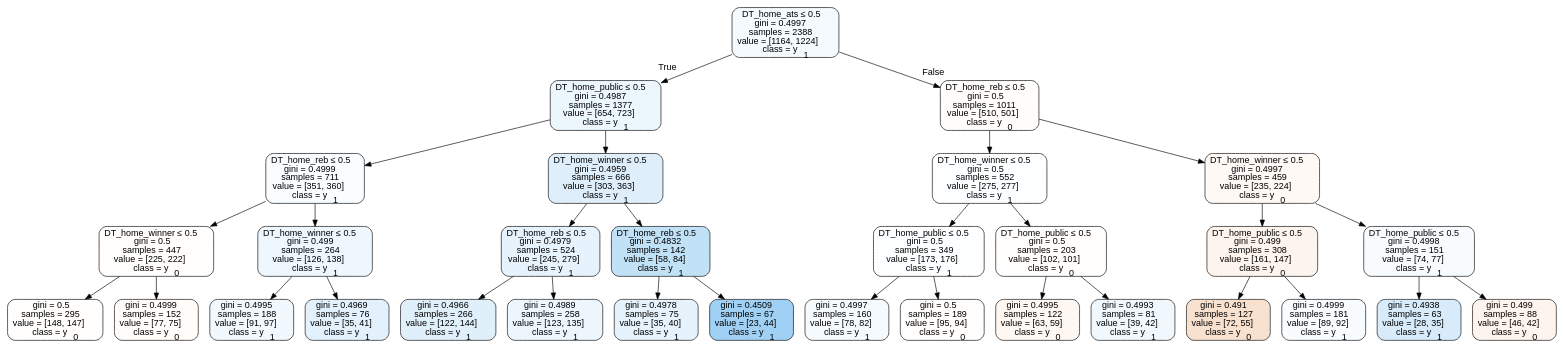
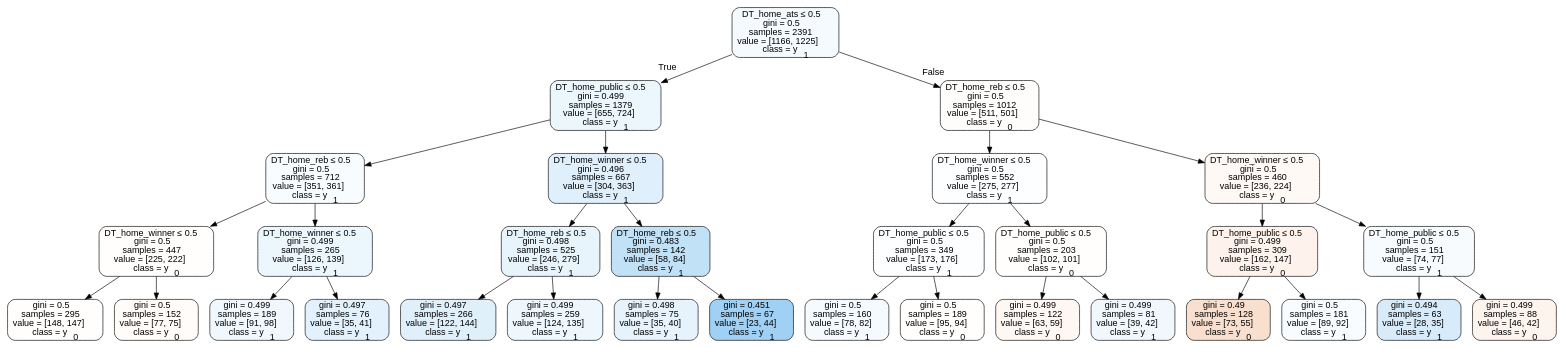
One commit to usbogie/ncaa-bets changed the diagram in Basketball/data/trees/tree2015neutral.dot. Above: the diagram before and after it, drawn with Graphviz. The commit also changed 26 other files, not shown here.

```diff
--- a/Basketball/data/trees/tree2015neutral.dot
+++ b/Basketball/data/trees/tree2015neutral.dot
@@ -1,65 +1,65 @@
 digraph Tree {
 node [shape=box, style="filled, rounded", color="black", fontname=helvetica] ;
 edge [fontname=helvetica] ;
-0 [label=<DT_home_ats &le; 0.5<br/>gini = 0.4997<br/>samples = 2388<br/>value = [1164, 1224]<br/>class = y<SUB>1</SUB>>, fillcolor="#399de50c"] ;
-1 [label=<DT_home_public &le; 0.5<br/>gini = 0.4987<br/>samples = 1377<br/>value = [654, 723]<br/>class = y<SUB>1</SUB>>, fillcolor="#399de518"] ;
+0 [label=<DT_home_ats &le; 0.5<br/>gini = 0.5<br/>samples = 2391<br/>value = [1166, 1225]<br/>class = y<SUB>1</SUB>>, fillcolor="#399de50c"] ;
+1 [label=<DT_home_public &le; 0.5<br/>gini = 0.499<br/>samples = 1379<br/>value = [655, 724]<br/>class = y<SUB>1</SUB>>, fillcolor="#399de518"] ;
 0 -> 1 [labeldistance=2.5, labelangle=45, headlabel="True"] ;
-2 [label=<DT_home_reb &le; 0.5<br/>gini = 0.4999<br/>samples = 711<br/>value = [351, 360]<br/>class = y<SUB>1</SUB>>, fillcolor="#399de506"] ;
+2 [label=<DT_home_reb &le; 0.5<br/>gini = 0.5<br/>samples = 712<br/>value = [351, 361]<br/>class = y<SUB>1</SUB>>, fillcolor="#399de507"] ;
 1 -> 2 ;
 3 [label=<DT_home_winner &le; 0.5<br/>gini = 0.5<br/>samples = 447<br/>value = [225, 222]<br/>class = y<SUB>0</SUB>>, fillcolor="#e5813903"] ;
 2 -> 3 ;
 4 [label=<gini = 0.5<br/>samples = 295<br/>value = [148, 147]<br/>class = y<SUB>0</SUB>>, fillcolor="#e5813902"] ;
 3 -> 4 ;
-5 [label=<gini = 0.4999<br/>samples = 152<br/>value = [77, 75]<br/>class = y<SUB>0</SUB>>, fillcolor="#e5813907"] ;
+5 [label=<gini = 0.5<br/>samples = 152<br/>value = [77, 75]<br/>class = y<SUB>0</SUB>>, fillcolor="#e5813907"] ;
 3 -> 5 ;
-6 [label=<DT_home_winner &le; 0.5<br/>gini = 0.499<br/>samples = 264<br/>value = [126, 138]<br/>class = y<SUB>1</SUB>>, fillcolor="#399de516"] ;
+6 [label=<DT_home_winner &le; 0.5<br/>gini = 0.499<br/>samples = 265<br/>value = [126, 139]<br/>class = y<SUB>1</SUB>>, fillcolor="#399de518"] ;
 2 -> 6 ;
-7 [label=<gini = 0.4995<br/>samples = 188<br/>value = [91, 97]<br/>class = y<SUB>1</SUB>>, fillcolor="#399de510"] ;
+7 [label=<gini = 0.499<br/>samples = 189<br/>value = [91, 98]<br/>class = y<SUB>1</SUB>>, fillcolor="#399de512"] ;
 6 -> 7 ;
-8 [label=<gini = 0.4969<br/>samples = 76<br/>value = [35, 41]<br/>class = y<SUB>1</SUB>>, fillcolor="#399de525"] ;
+8 [label=<gini = 0.497<br/>samples = 76<br/>value = [35, 41]<br/>class = y<SUB>1</SUB>>, fillcolor="#399de525"] ;
 6 -> 8 ;
-9 [label=<DT_home_winner &le; 0.5<br/>gini = 0.4959<br/>samples = 666<br/>value = [303, 363]<br/>class = y<SUB>1</SUB>>, fillcolor="#399de52a"] ;
+9 [label=<DT_home_winner &le; 0.5<br/>gini = 0.496<br/>samples = 667<br/>value = [304, 363]<br/>class = y<SUB>1</SUB>>, fillcolor="#399de529"] ;
 1 -> 9 ;
-10 [label=<DT_home_reb &le; 0.5<br/>gini = 0.4979<br/>samples = 524<br/>value = [245, 279]<br/>class = y<SUB>1</SUB>>, fillcolor="#399de51f"] ;
+10 [label=<DT_home_reb &le; 0.5<br/>gini = 0.498<br/>samples = 525<br/>value = [246, 279]<br/>class = y<SUB>1</SUB>>, fillcolor="#399de51e"] ;
 9 -> 10 ;
-11 [label=<gini = 0.4966<br/>samples = 266<br/>value = [122, 144]<br/>class = y<SUB>1</SUB>>, fillcolor="#399de527"] ;
+11 [label=<gini = 0.497<br/>samples = 266<br/>value = [122, 144]<br/>class = y<SUB>1</SUB>>, fillcolor="#399de527"] ;
 10 -> 11 ;
-12 [label=<gini = 0.4989<br/>samples = 258<br/>value = [123, 135]<br/>class = y<SUB>1</SUB>>, fillcolor="#399de517"] ;
+12 [label=<gini = 0.499<br/>samples = 259<br/>value = [124, 135]<br/>class = y<SUB>1</SUB>>, fillcolor="#399de515"] ;
 10 -> 12 ;
-13 [label=<DT_home_reb &le; 0.5<br/>gini = 0.4832<br/>samples = 142<br/>value = [58, 84]<br/>class = y<SUB>1</SUB>>, fillcolor="#399de54f"] ;
+13 [label=<DT_home_reb &le; 0.5<br/>gini = 0.483<br/>samples = 142<br/>value = [58, 84]<br/>class = y<SUB>1</SUB>>, fillcolor="#399de54f"] ;
 9 -> 13 ;
-14 [label=<gini = 0.4978<br/>samples = 75<br/>value = [35, 40]<br/>class = y<SUB>1</SUB>>, fillcolor="#399de520"] ;
+14 [label=<gini = 0.498<br/>samples = 75<br/>value = [35, 40]<br/>class = y<SUB>1</SUB>>, fillcolor="#399de520"] ;
 13 -> 14 ;
-15 [label=<gini = 0.4509<br/>samples = 67<br/>value = [23, 44]<br/>class = y<SUB>1</SUB>>, fillcolor="#399de57a"] ;
+15 [label=<gini = 0.451<br/>samples = 67<br/>value = [23, 44]<br/>class = y<SUB>1</SUB>>, fillcolor="#399de57a"] ;
 13 -> 15 ;
-16 [label=<DT_home_reb &le; 0.5<br/>gini = 0.5<br/>samples = 1011<br/>value = [510, 501]<br/>class = y<SUB>0</SUB>>, fillcolor="#e5813904"] ;
+16 [label=<DT_home_reb &le; 0.5<br/>gini = 0.5<br/>samples = 1012<br/>value = [511, 501]<br/>class = y<SUB>0</SUB>>, fillcolor="#e5813905"] ;
 0 -> 16 [labeldistance=2.5, labelangle=-45, headlabel="False"] ;
 17 [label=<DT_home_winner &le; 0.5<br/>gini = 0.5<br/>samples = 552<br/>value = [275, 277]<br/>class = y<SUB>1</SUB>>, fillcolor="#399de502"] ;
 16 -> 17 ;
 18 [label=<DT_home_public &le; 0.5<br/>gini = 0.5<br/>samples = 349<br/>value = [173, 176]<br/>class = y<SUB>1</SUB>>, fillcolor="#399de504"] ;
 17 -> 18 ;
-19 [label=<gini = 0.4997<br/>samples = 160<br/>value = [78, 82]<br/>class = y<SUB>1</SUB>>, fillcolor="#399de50c"] ;
+19 [label=<gini = 0.5<br/>samples = 160<br/>value = [78, 82]<br/>class = y<SUB>1</SUB>>, fillcolor="#399de50c"] ;
 18 -> 19 ;
 20 [label=<gini = 0.5<br/>samples = 189<br/>value = [95, 94]<br/>class = y<SUB>0</SUB>>, fillcolor="#e5813903"] ;
 18 -> 20 ;
 21 [label=<DT_home_public &le; 0.5<br/>gini = 0.5<br/>samples = 203<br/>value = [102, 101]<br/>class = y<SUB>0</SUB>>, fillcolor="#e5813903"] ;
 17 -> 21 ;
-22 [label=<gini = 0.4995<br/>samples = 122<br/>value = [63, 59]<br/>class = y<SUB>0</SUB>>, fillcolor="#e5813910"] ;
+22 [label=<gini = 0.499<br/>samples = 122<br/>value = [63, 59]<br/>class = y<SUB>0</SUB>>, fillcolor="#e5813910"] ;
 21 -> 22 ;
-23 [label=<gini = 0.4993<br/>samples = 81<br/>value = [39, 42]<br/>class = y<SUB>1</SUB>>, fillcolor="#399de512"] ;
+23 [label=<gini = 0.499<br/>samples = 81<br/>value = [39, 42]<br/>class = y<SUB>1</SUB>>, fillcolor="#399de512"] ;
 21 -> 23 ;
-24 [label=<DT_home_winner &le; 0.5<br/>gini = 0.4997<br/>samples = 459<br/>value = [235, 224]<br/>class = y<SUB>0</SUB>>, fillcolor="#e581390c"] ;
+24 [label=<DT_home_winner &le; 0.5<br/>gini = 0.5<br/>samples = 460<br/>value = [236, 224]<br/>class = y<SUB>0</SUB>>, fillcolor="#e581390d"] ;
 16 -> 24 ;
-25 [label=<DT_home_public &le; 0.5<br/>gini = 0.499<br/>samples = 308<br/>value = [161, 147]<br/>class = y<SUB>0</SUB>>, fillcolor="#e5813916"] ;
+25 [label=<DT_home_public &le; 0.5<br/>gini = 0.499<br/>samples = 309<br/>value = [162, 147]<br/>class = y<SUB>0</SUB>>, fillcolor="#e5813918"] ;
 24 -> 25 ;
-26 [label=<gini = 0.491<br/>samples = 127<br/>value = [72, 55]<br/>class = y<SUB>0</SUB>>, fillcolor="#e581393c"] ;
+26 [label=<gini = 0.49<br/>samples = 128<br/>value = [73, 55]<br/>class = y<SUB>0</SUB>>, fillcolor="#e581393f"] ;
 25 -> 26 ;
-27 [label=<gini = 0.4999<br/>samples = 181<br/>value = [89, 92]<br/>class = y<SUB>1</SUB>>, fillcolor="#399de508"] ;
+27 [label=<gini = 0.5<br/>samples = 181<br/>value = [89, 92]<br/>class = y<SUB>1</SUB>>, fillcolor="#399de508"] ;
 25 -> 27 ;
-28 [label=<DT_home_public &le; 0.5<br/>gini = 0.4998<br/>samples = 151<br/>value = [74, 77]<br/>class = y<SUB>1</SUB>>, fillcolor="#399de50a"] ;
+28 [label=<DT_home_public &le; 0.5<br/>gini = 0.5<br/>samples = 151<br/>value = [74, 77]<br/>class = y<SUB>1</SUB>>, fillcolor="#399de50a"] ;
 24 -> 28 ;
-29 [label=<gini = 0.4938<br/>samples = 63<br/>value = [28, 35]<br/>class = y<SUB>1</SUB>>, fillcolor="#399de533"] ;
+29 [label=<gini = 0.494<br/>samples = 63<br/>value = [28, 35]<br/>class = y<SUB>1</SUB>>, fillcolor="#399de533"] ;
 28 -> 29 ;
 30 [label=<gini = 0.499<br/>samples = 88<br/>value = [46, 42]<br/>class = y<SUB>0</SUB>>, fillcolor="#e5813916"] ;
 28 -> 30 ;
 }
```
